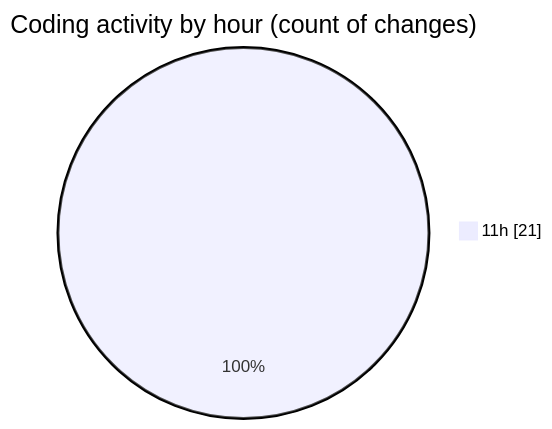
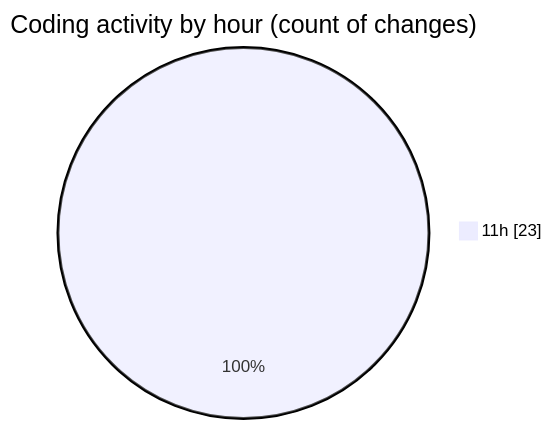
One commit to idhammustaqopulfikri/code-tracking changed the second of 2 diagrams in 2025-04-19/autodidak/README.md. Above: the diagram before and after it, drawn with Mermaid. The commit also changed other lines of this file and 1 other file, not shown here.

````diff
--- a/2025-04-19/autodidak/README.md
+++ b/2025-04-19/autodidak/README.md
@@ -34,5 +36,5 @@
 ```mermaid
 pie showData
 title Coding activity by hour (count of changes)
-"11h" : 21
+"11h" : 23
 ```
````
